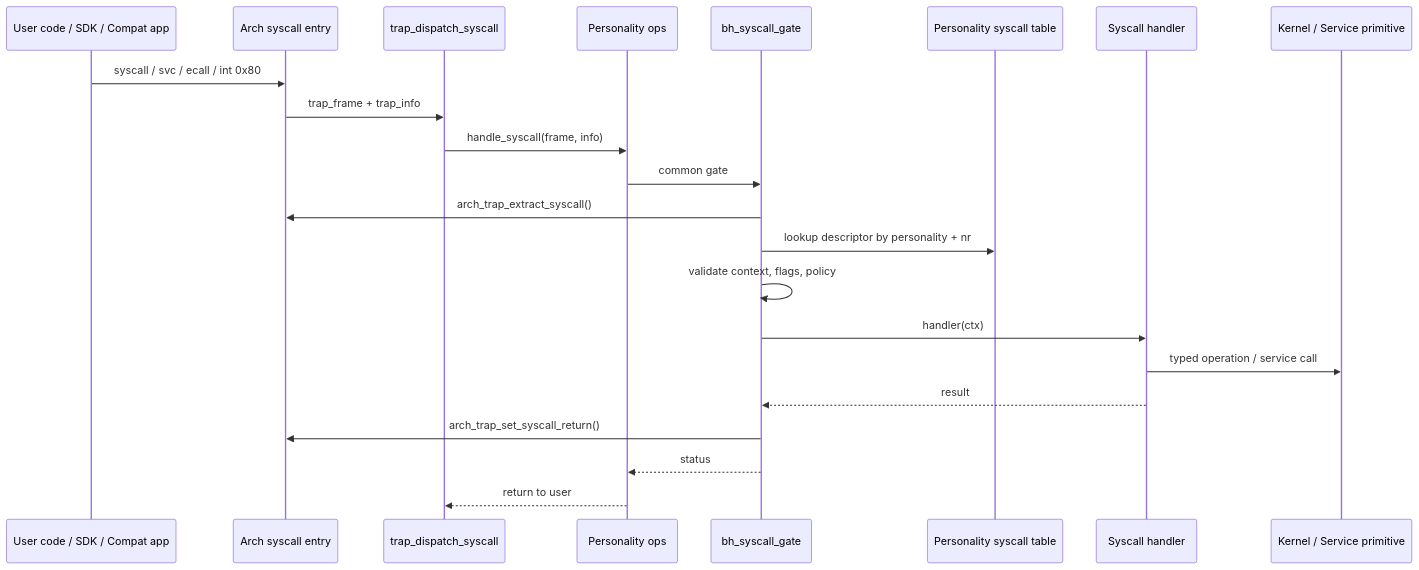
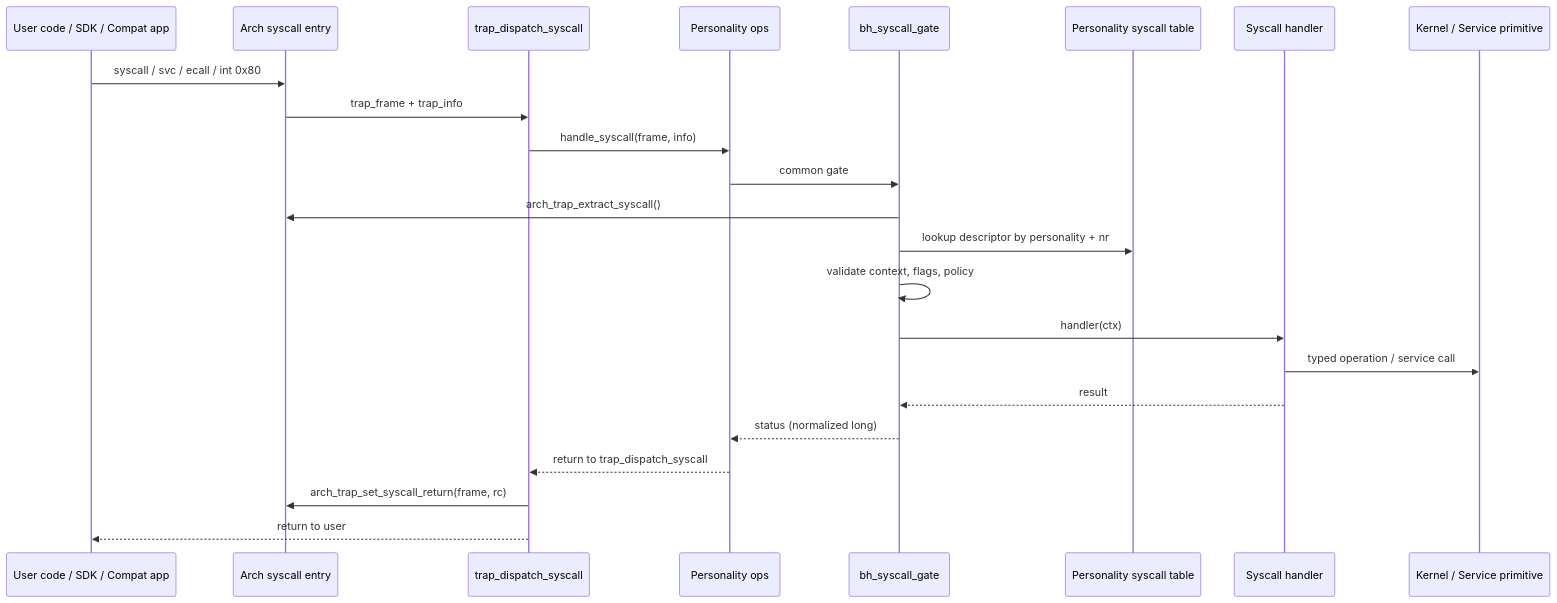
One commit to CloudCarpentry/Bharat-OS changed the first of 3 diagrams in docs/architecture/syscall/syscall-abi-boundary.md. Above: the diagram before and after it, drawn with Mermaid. The commit also changed 13 other files, not shown here.

````diff
--- a/docs/architecture/syscall/syscall-abi-boundary.md
+++ b/docs/architecture/syscall/syscall-abi-boundary.md
@@ -23,25 +23,26 @@
 ```mermaid
 sequenceDiagram
     participant U as User code / SDK / Compat app
     participant A as Arch syscall entry
     participant T as trap_dispatch_syscall
     participant P as Personality ops
     participant G as bh_syscall_gate
     participant D as Personality syscall table
     participant H as Syscall handler
     participant K as Kernel / Service primitive
 
     U->>A: syscall / svc / ecall / int 0x80
     A->>T: trap_frame + trap_info
     T->>P: handle_syscall(frame, info)
     P->>G: common gate
     G->>A: arch_trap_extract_syscall()
     G->>D: lookup descriptor by personality + nr
     G->>G: validate context, flags, policy
     G->>H: handler(ctx)
     H->>K: typed operation / service call
     H-->>G: result
-    G->>A: arch_trap_set_syscall_return()
-    G-->>P: status
-    P-->>T: return to user
+    G-->>P: status (normalized long)
+    P-->>T: return to trap_dispatch_syscall
+    T->>A: arch_trap_set_syscall_return(frame, rc)
+    T-->>U: return to user
 ```
````
